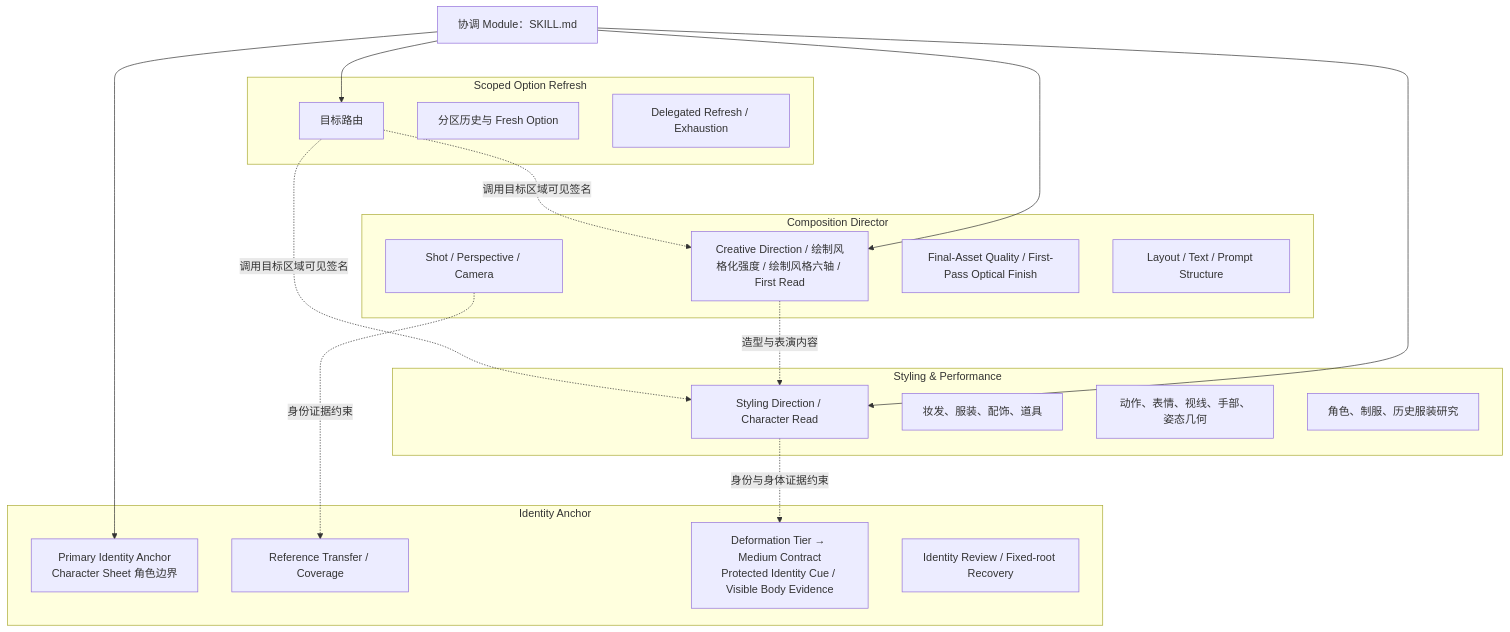
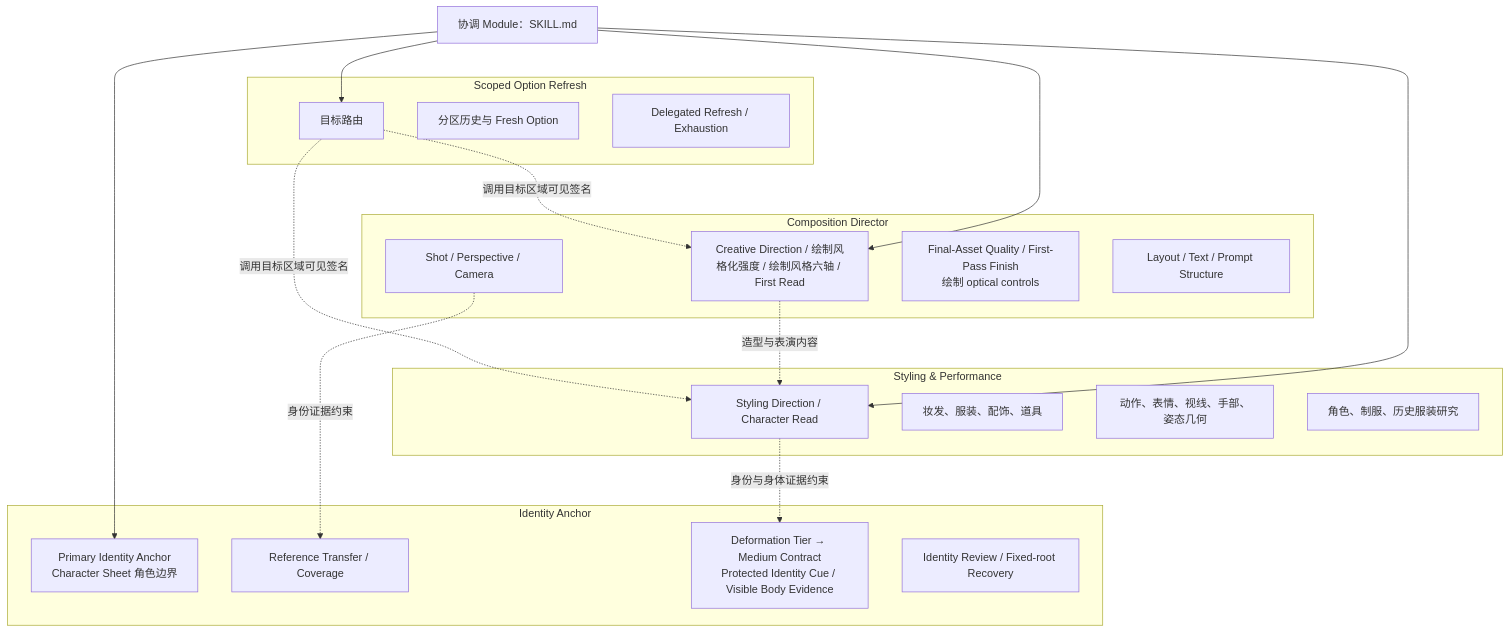
One commit to cyaoc/cast-me changed the second of 13 diagrams in docs/architecture.md. Above: the diagram before and after it, drawn with Mermaid. The commit also changed other lines of this file and 2 other files, not shown here.

Commit message:
fix: preserve first-pass finish ownership

````diff
--- a/docs/architecture.md
+++ b/docs/architecture.md
@@ -64,41 +64,41 @@
 ```mermaid
 flowchart TB
     K["协调 Module：SKILL.md"]
 
     subgraph ID["Identity Anchor"]
         I1["Primary Identity Anchor<br/>Character Sheet 角色边界"]
         I2["Reference Transfer / Coverage"]
         I3["Deformation Tier → Medium Contract<br/>Protected Identity Cue / Visible Body Evidence"]
         I4["Identity Review / Fixed-root Recovery"]
     end
 
     subgraph COMP["Composition Director"]
         C1["Creative Direction / 绘制风格化强度 / 绘制风格六轴 / First Read"]
         C2["Shot / Perspective / Camera"]
-        C3["Final-Asset Quality / First-Pass Optical Finish"]
+        C3["Final-Asset Quality / First-Pass Finish<br/>绘制 optical controls"]
         C4["Layout / Text / Prompt Structure"]
     end
 
     subgraph STYLE["Styling & Performance"]
         S1["Styling Direction / Character Read"]
         S2["妆发、服装、配饰、道具"]
         S3["动作、表情、视线、手部、姿态几何"]
         S4["角色、制服、历史服装研究"]
     end
 
     subgraph REFRESH["Scoped Option Refresh"]
         R1["目标路由"]
         R2["分区历史与 Fresh Option"]
         R3["Delegated Refresh / Exhaustion"]
     end
 
     K --> I1
     K --> C1
     K --> S1
     K --> R1
     C2 -.身份证据约束.-> I2
     S1 -.身份与身体证据约束.-> I3
     C1 -.造型与表演内容.-> S1
     R1 -.调用目标区域可见签名.-> C1
     R1 -.调用目标区域可见签名.-> S1
 ```
````
